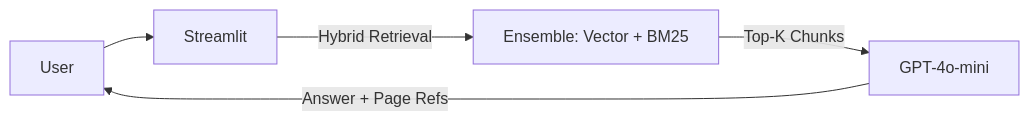
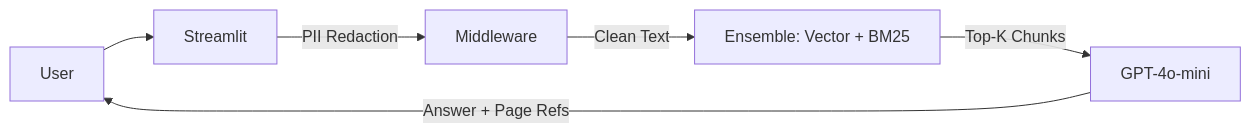
The diagram in README.md (anudeepnyakk/axiom-ai), drawn with Mermaid before and after one commit. The commit also changed other lines of this file and 6 other files, not shown here.

Commit message:
feat: Harden security with PII redaction and non-root Docker container

````diff
--- a/README.md
+++ b/README.md
@@ -60,7 +65,8 @@
 ```mermaid
 graph LR
     User --> Streamlit
-    Streamlit -->|Hybrid Retrieval| Retriever[Ensemble: Vector + BM25]
-    Retriever -->|Top-K Chunks| LLM[GPT-4o-mini]
+    Streamlit -->|PII Redaction| Redactor[Middleware]
+    Redactor -->|Clean Text| Hybrid[Ensemble: Vector + BM25]
+    Hybrid -->|Top-K Chunks| LLM[GPT-4o-mini]
     LLM -->|Answer + Page Refs| User
 ```
````
